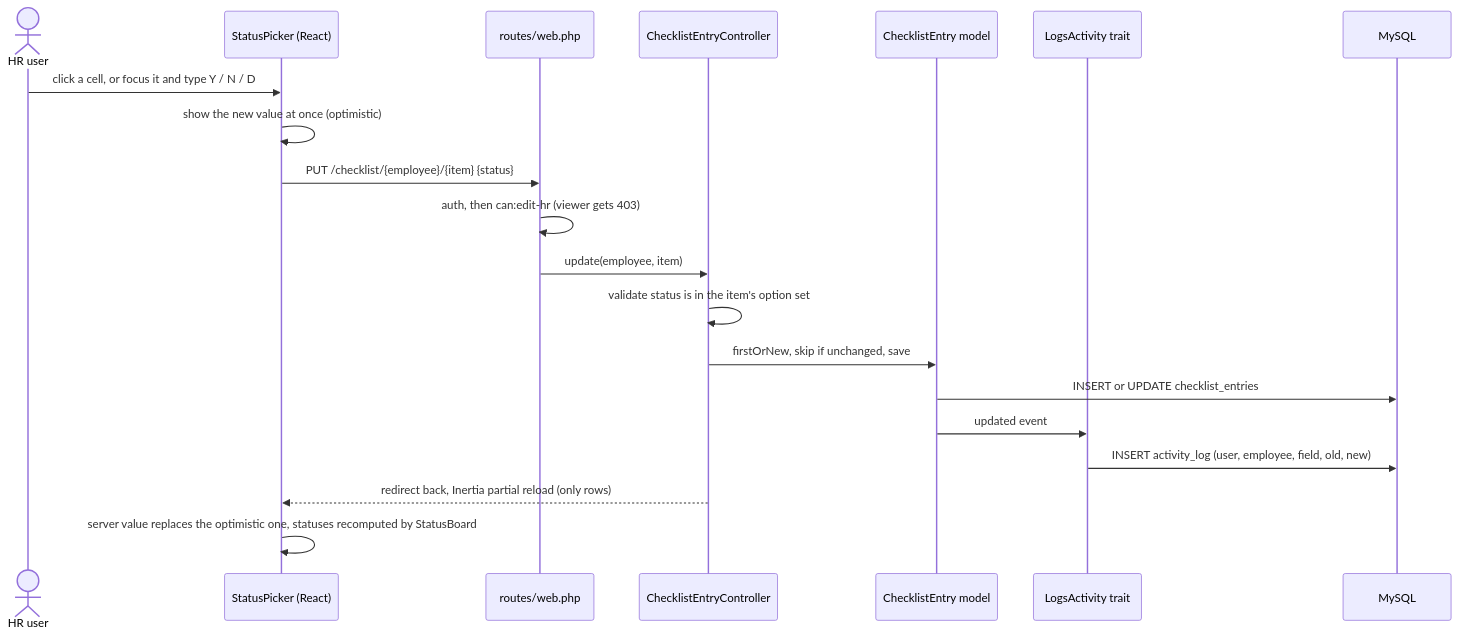
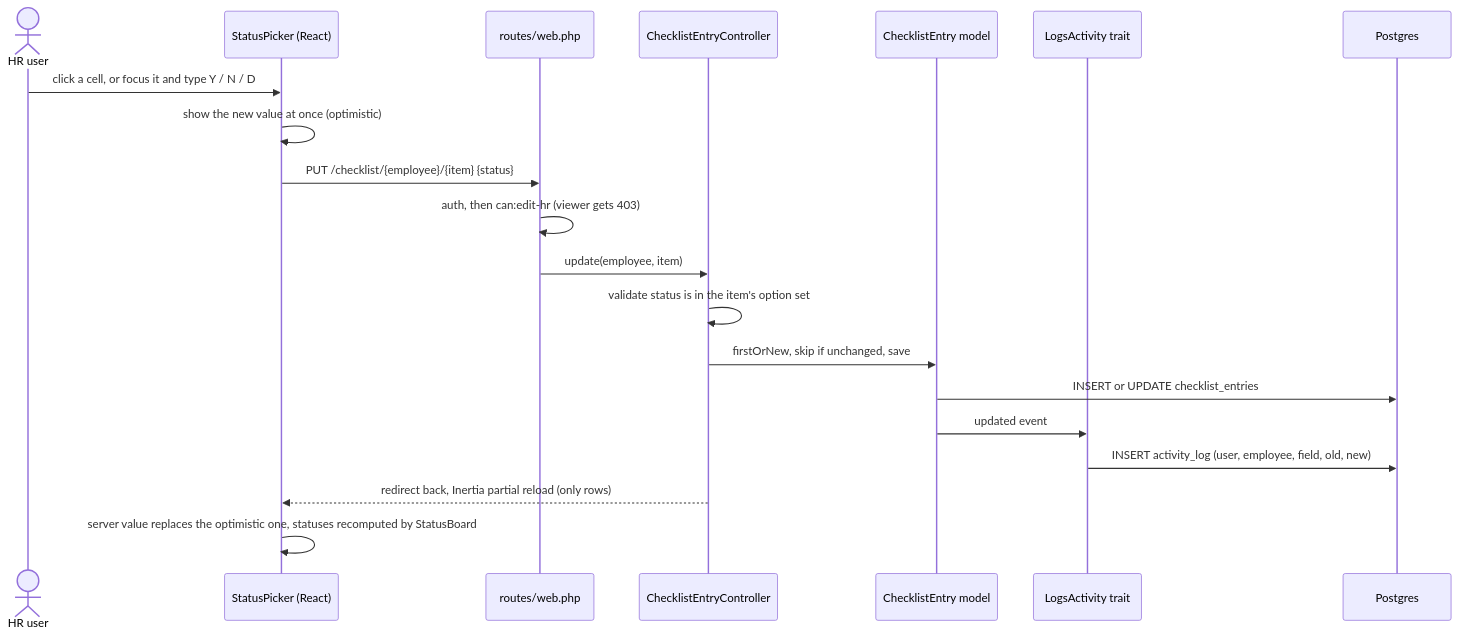
Before and after one commit to SpaceMonkeyy01/hrm-system: diagram 15 of 16 in docs/ARCHITECTURE.md, drawn with Mermaid. The commit also changed other lines of this file and 12 other files, not shown here.

First line of the commit message:
Architecture doc rewritten; viewers no longer get CNIC in the CSV

````diff
--- a/docs/ARCHITECTURE.md
+++ b/docs/ARCHITECTURE.md
@@ -271,23 +739,23 @@
 ```mermaid
 sequenceDiagram
     actor HR as HR user
     participant UI as StatusPicker (React)
     participant RT as routes/web.php
     participant C as ChecklistEntryController
     participant M as ChecklistEntry model
     participant LOG as LogsActivity trait
-    participant DB as MySQL
+    participant DB as Postgres
 
     HR->>UI: click a cell, or focus it and type Y / N / D
     UI->>UI: show the new value at once (optimistic)
     UI->>RT: PUT /checklist/{employee}/{item} {status}
     RT->>RT: auth, then can:edit-hr (viewer gets 403)
     RT->>C: update(employee, item)
     C->>C: validate status is in the item's option set
     C->>M: firstOrNew, skip if unchanged, save
     M->>DB: INSERT or UPDATE checklist_entries
     M->>LOG: updated event
     LOG->>DB: INSERT activity_log (user, employee, field, old, new)
     C-->>UI: redirect back, Inertia partial reload (only rows)
     UI->>UI: server value replaces the optimistic one, statuses recomputed by StatusBoard
 ```
````
